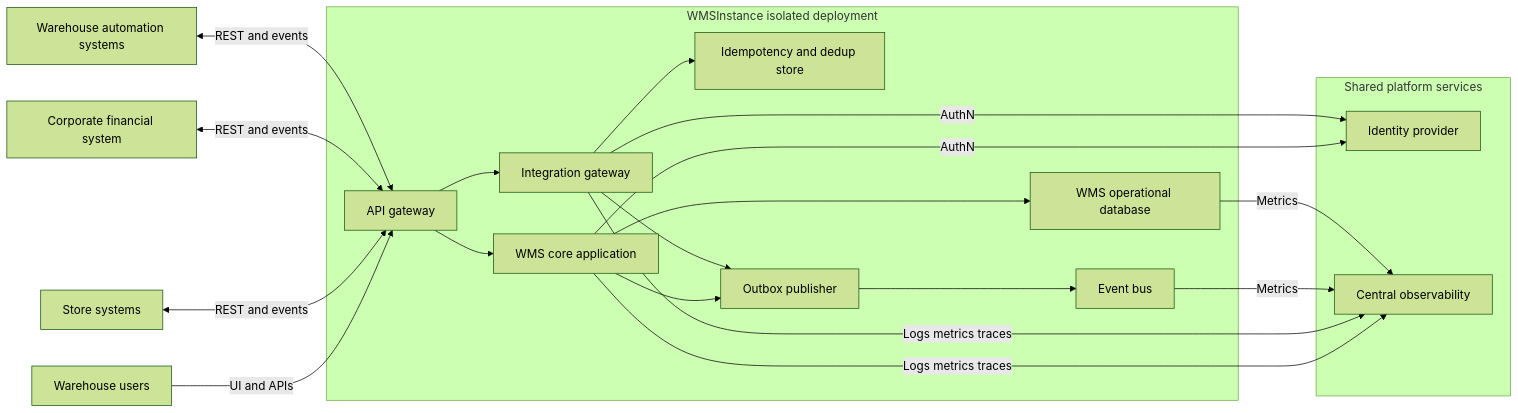
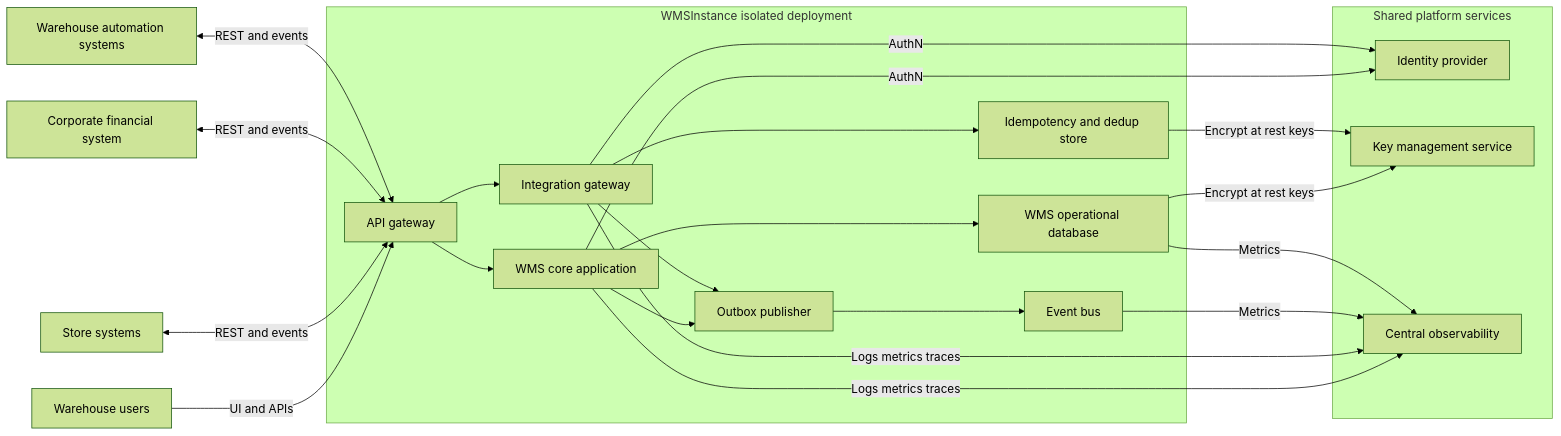
The fourth of 26 diagrams in Design/Architecture.md (otrebmuh/WMS_GPT5_2high), drawn with Mermaid (forest theme) before and after one commit. The commit also changed other lines of this file and 1 other file, not shown here.

````diff
--- a/Design/Architecture.md
+++ b/Design/Architecture.md
@@ -435,44 +449,47 @@
 ```mermaid
 flowchart LR
   User[Warehouse users]
   Store[Store systems]
   Finance[Corporate financial system]
   Auto[Warehouse automation systems]
 
   subgraph Shared[Shared platform services]
     IdP[Identity provider]
+    KMS[Key management service]
     Obs[Central observability]
   end
 
   subgraph Instance[WMSInstance isolated deployment]
     GW[API gateway]
     Core[WMS core application]
     Int[Integration gateway]
     Bus[Event bus]
     DB[WMS operational database]
     Idem[Idempotency and dedup store]
     Outbox[Outbox publisher]
   end
 
   User -->|UI and APIs| GW
   Store <--> |REST and events| GW
   Finance <--> |REST and events| GW
   Auto <--> |REST and events| GW
 
   GW --> Core
   GW --> Int
 
   Core --> DB
   Core --> Outbox
   Int --> Idem
   Int --> Outbox
 
   Outbox --> Bus
 
   Core -->|AuthN| IdP
   Int -->|AuthN| IdP
+  DB -->|Encrypt at rest keys| KMS
+  Idem -->|Encrypt at rest keys| KMS
   Core -->|Logs metrics traces| Obs
   Int -->|Logs metrics traces| Obs
   Bus -->|Metrics| Obs
   DB -->|Metrics| Obs
 ```
````
